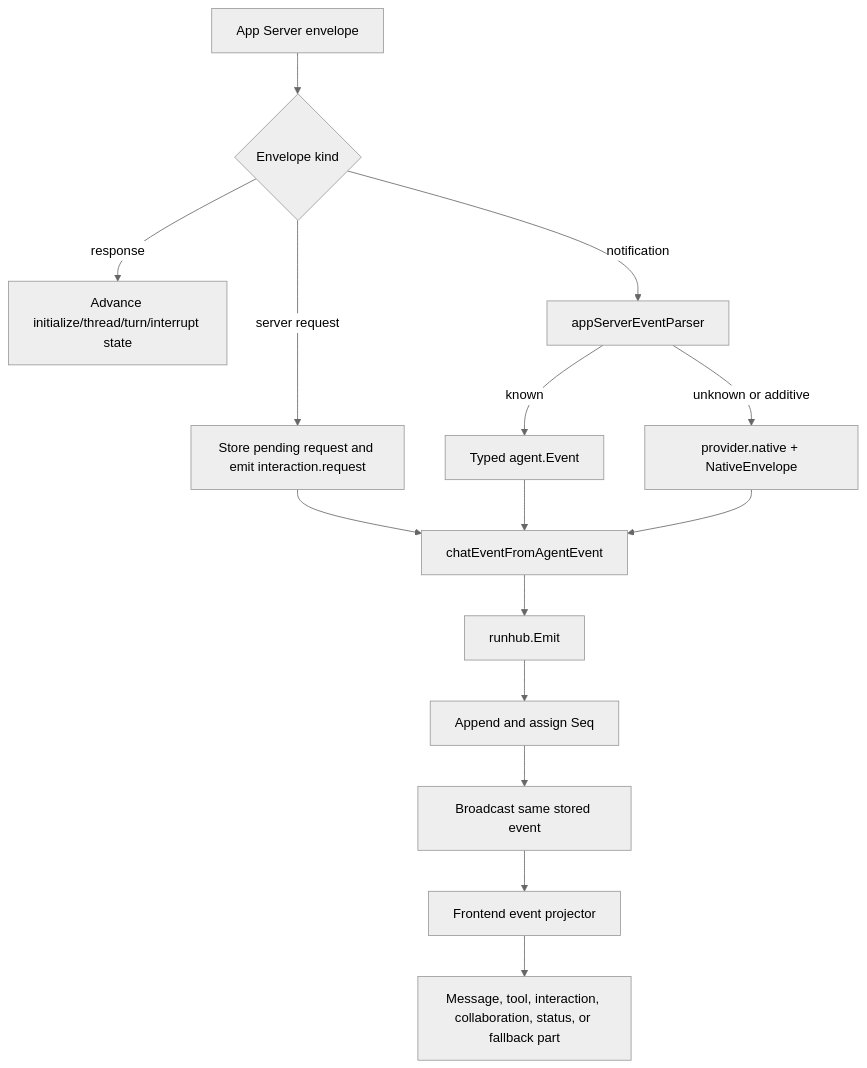
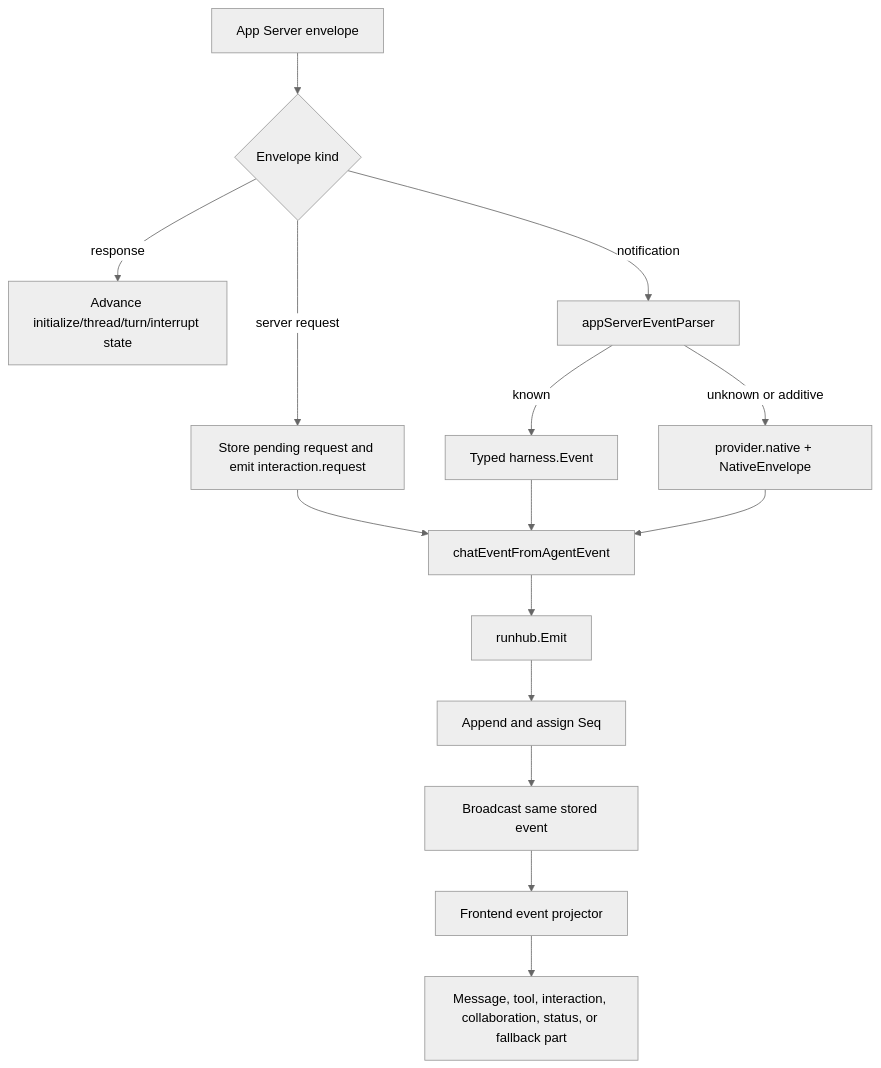
The third of 6 diagrams in docs/dev/agents/08-codex-app-server-architecture.md (futrx-com/remote.futrx), drawn with Mermaid (neutral theme) before and after one commit. The commit also changed other lines of this file and 359 other files, not shown here.

````diff
--- a/docs/dev/agents/08-codex-app-server-architecture.md
+++ b/docs/dev/agents/08-codex-app-server-architecture.md
@@ -152,17 +152,17 @@
 ```mermaid
 flowchart TD
     Envelope["App Server envelope"] --> Classify{"Envelope kind"}
     Classify -->|response| State["Advance initialize/thread/turn/interrupt state"]
     Classify -->|server request| Pending["Store pending request and emit interaction.request"]
     Classify -->|notification| Parser["appServerEventParser"]
-    Parser -->|known| Typed["Typed agent.Event"]
+    Parser -->|known| Typed["Typed harness.Event"]
     Parser -->|unknown or additive| Native["provider.native + NativeEnvelope"]
     Pending --> Projection["chatEventFromAgentEvent"]
     Typed --> Projection
     Native --> Projection
     Projection --> Hub["runhub.Emit"]
     Hub --> Append["Append and assign Seq"]
     Append --> Broadcast["Broadcast same stored event"]
     Broadcast --> Projector["Frontend event projector"]
     Projector --> Cards["Message, tool, interaction, collaboration, status, or fallback part"]
 ```
````
